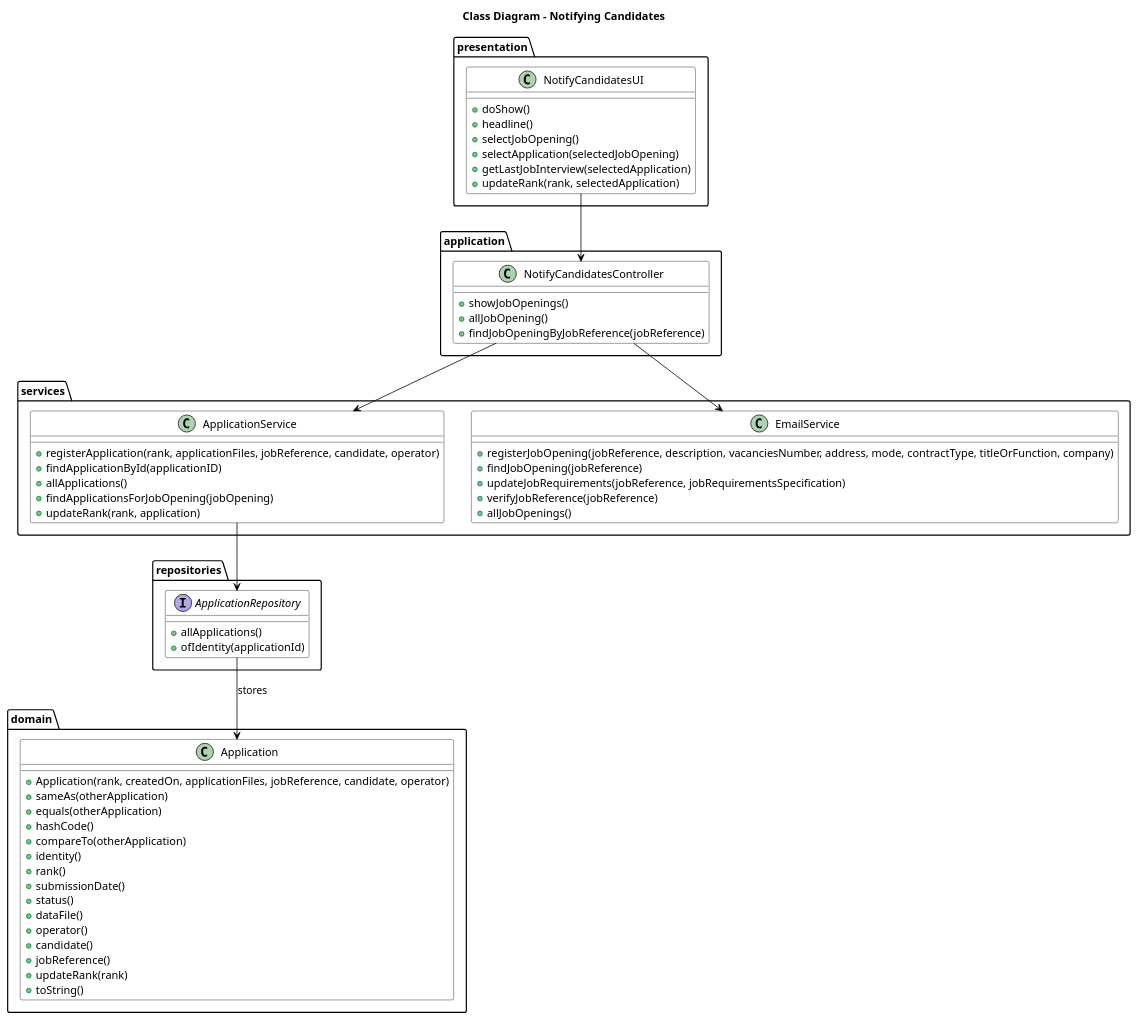
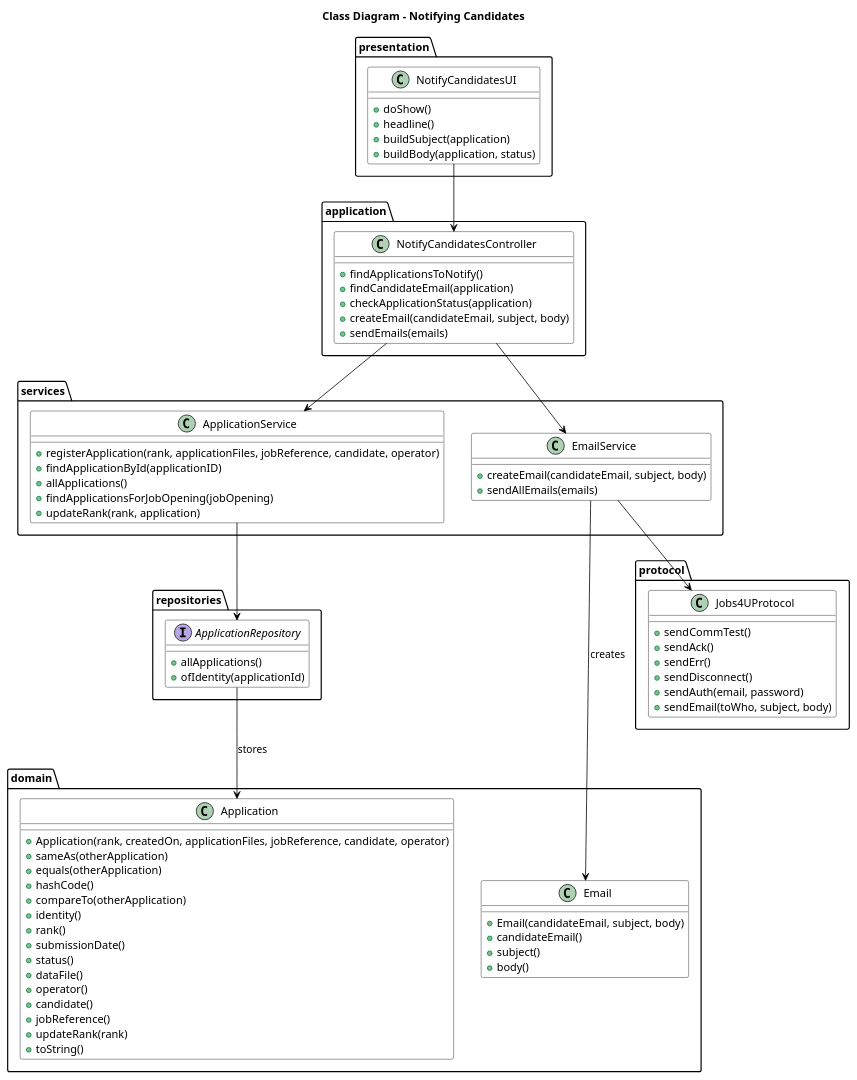
One commit to MiguelCardoso77/LAPR4 changed the diagram in docs/SprintC/5-notify-candidates-about-verification-status/class-diagram.puml. Above: the diagram before and after it, drawn with PlantUML. The commit also changed 2 other files, not shown here.

```diff
--- a/docs/SprintC/5-notify-candidates-about-verification-status/class-diagram.puml
+++ b/docs/SprintC/5-notify-candidates-about-verification-status/class-diagram.puml
@@ -1,85 +1,102 @@
 @startuml
 skinparam class {
     BackgroundColor White
     ArrowColor Black
     BorderColor Black
     FontColor Black
     FontSize 14
 }
 
 Title "Class Diagram - Notifying Candidates"
 
 package "presentation" {
     class NotifyCandidatesUI {
         + doShow()
         + headline()
-        + selectJobOpening()
-        + selectApplication(selectedJobOpening)
-        + getLastJobInterview(selectedApplication)
-        + updateRank(rank, selectedApplication)
+        + buildSubject(application)
+        + buildBody(application, status)
     }
 }
 
 package "application" {
     class NotifyCandidatesController {
-        + showJobOpenings()
-        + allJobOpening()
-        + findJobOpeningByJobReference(jobReference)
+        + findApplicationsToNotify()
+        + findCandidateEmail(application)
+        + checkApplicationStatus(application)
+        + createEmail(candidateEmail, subject, body)
+        + sendEmails(emails)
     }
 }
 
 package "services" {
     class ApplicationService {
         + registerApplication(rank, applicationFiles, jobReference, candidate, operator)
         + findApplicationById(applicationID)
         + allApplications()
         + findApplicationsForJobOpening(jobOpening)
         + updateRank(rank, application)
     }
 
     class EmailService {
-        + registerJobOpening(jobReference, description, vacanciesNumber, address, mode, contractType, titleOrFunction, company)
-        + findJobOpening(jobReference)
-        + updateJobRequirements(jobReference, jobRequirementsSpecification)
-        + verifyJobReference(jobReference)
-        + allJobOpenings()
+        + createEmail(candidateEmail, subject, body)
+        + sendAllEmails(emails)
     }
 }
 
 package "repositories" {
     interface ApplicationRepository {
         + allApplications()
         + ofIdentity(applicationId)
     }
 }
 
 package "domain" {
     class Application {
         + Application(rank, createdOn, applicationFiles, jobReference, candidate, operator)
         + sameAs(otherApplication)
         + equals(otherApplication)
         + hashCode()
         + compareTo(otherApplication)
         + identity()
         + rank()
         + submissionDate()
         + status()
         + dataFile()
         + operator()
         + candidate()
         + jobReference()
         + updateRank(rank)
         + toString()
     }
+
+    class Email {
+        + Email(candidateEmail, subject, body)
+        + candidateEmail()
+        + subject()
+        + body()
+    }
+}
+
+package "protocol" {
+    class Jobs4UProtocol {
+        + sendCommTest()
+        + sendAck()
+        + sendErr()
+        + sendDisconnect()
+        + sendAuth(email, password)
+        + sendEmail(toWho, subject, body)
+    }
 }
 
 NotifyCandidatesUI --> NotifyCandidatesController
 
 NotifyCandidatesController --> ApplicationService
 NotifyCandidatesController --> EmailService
 
 ApplicationService --> ApplicationRepository
+EmailService --> Email : creates
+EmailService --> Jobs4UProtocol
 
 ApplicationRepository --> Application : stores
 
 @enduml
```
